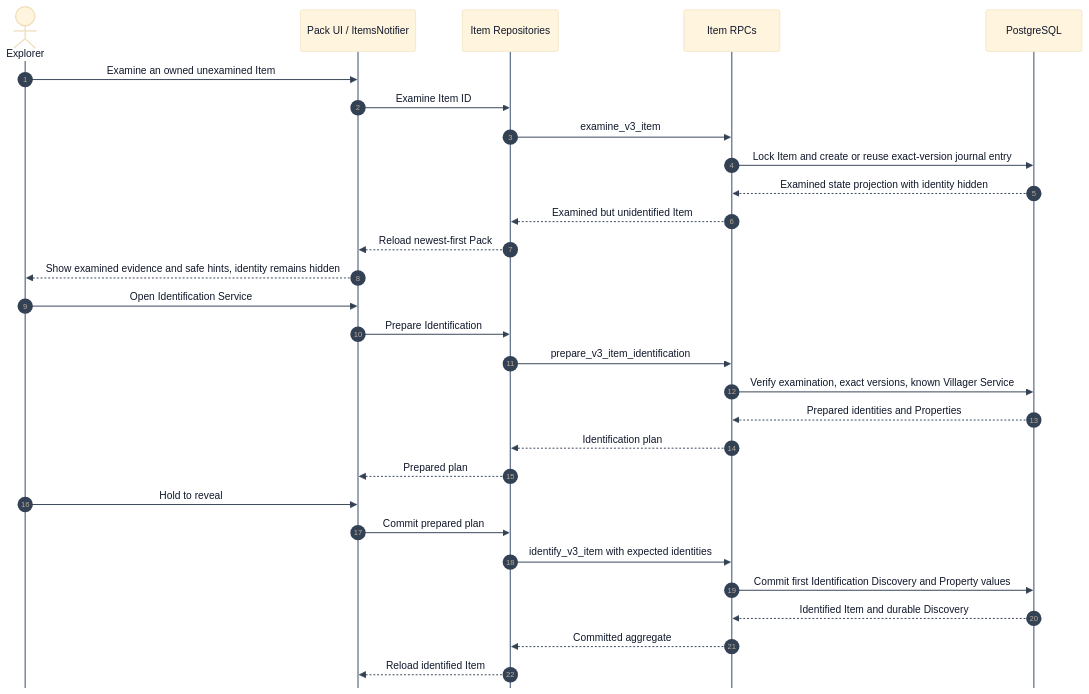
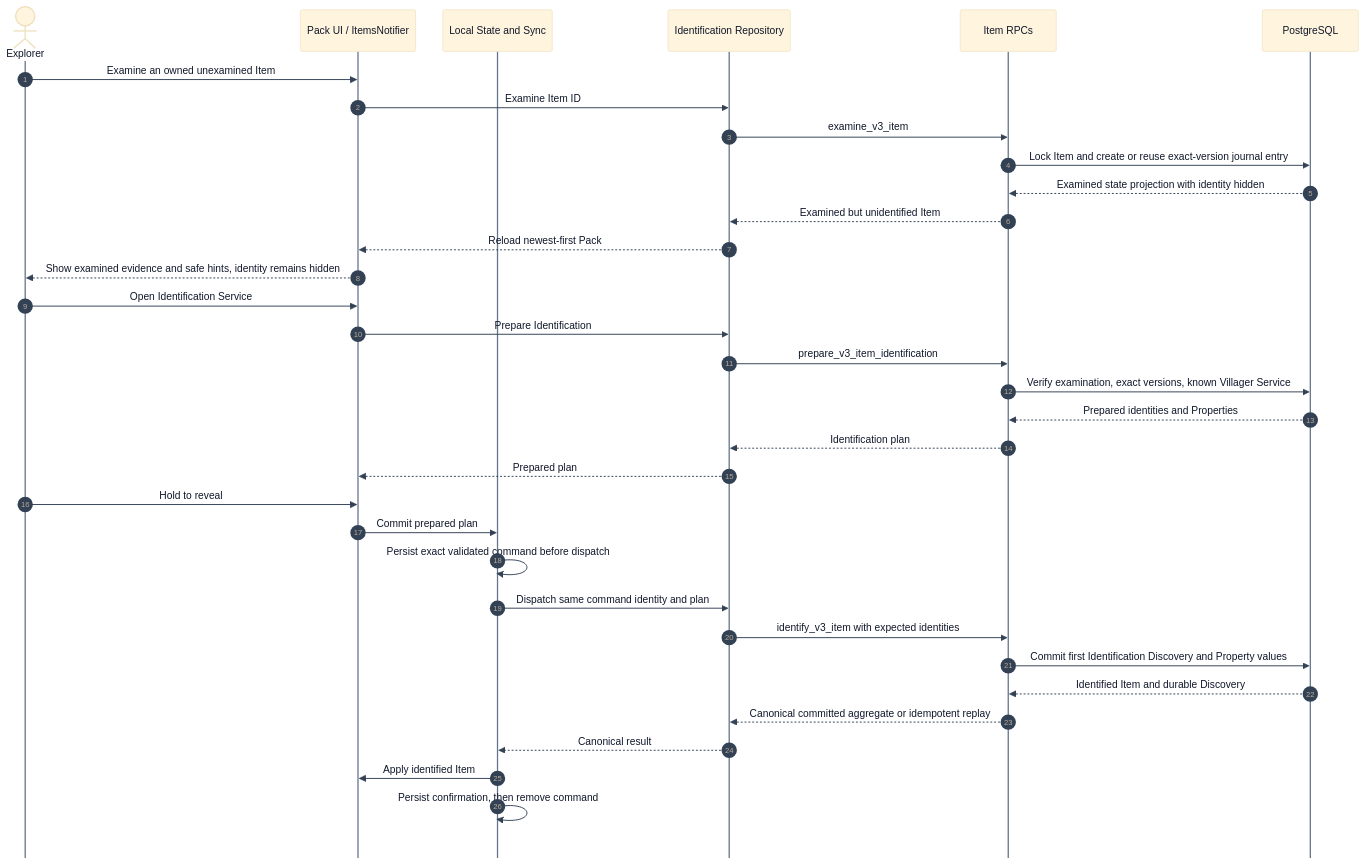
Before and after one commit to JMLegere/geo-app: the diagram in docs/c4/08-dynamic-item-examination.mmd, drawn with Mermaid. The commit also changed 31 other files, not shown here.

First line of the commit message:
feat(sync): recover identification commits durably

```diff
--- a/docs/c4/08-dynamic-item-examination.mmd
+++ b/docs/c4/08-dynamic-item-examination.mmd
@@ -1,32 +1,37 @@
 %% GENERATED by scripts/generate_c4_diagrams.py — do not edit.
 %%{init: {'theme': 'base', 'themeVariables': {'background': '#ffffff', 'primaryTextColor': '#0f172a', 'lineColor': '#475569', 'fontFamily': 'Arial, sans-serif', 'edgeLabelBackground': '#ffffff', 'actorLineColor': '#64748b', 'signalColor': '#334155', 'labelBoxBorderColor': '#475569', 'labelTextColor': '#0f172a', 'loopLineColor': '#64748b', 'loopTextColor': '#0f172a'}, 'sequence': {'mirrorActors': false, 'diagramMarginX': 30, 'diagramMarginY': 20, 'actorMargin': 40, 'messageMargin': 35}, 'flowchart': {'curve': 'linear', 'nodeSpacing': 40, 'rankSpacing': 55}}}%%
 sequenceDiagram
     autonumber
     actor Explorer
     participant Pack as Pack UI / ItemsNotifier
-    participant Adapter as Item Repositories
+    participant Sync as Local State and Sync
+    participant Adapter as Identification Repository
     participant Commands as Item RPCs
     participant DB as PostgreSQL
 
     Explorer->>Pack: Examine an owned unexamined Item
     Pack->>Adapter: Examine Item ID
     Adapter->>Commands: examine_v3_item
     Commands->>DB: Lock Item and create or reuse exact-version journal entry
     DB-->>Commands: Examined state projection with identity hidden
     Commands-->>Adapter: Examined but unidentified Item
     Adapter-->>Pack: Reload newest-first Pack
     Pack-->>Explorer: Show examined evidence and safe hints, identity remains hidden
     Explorer->>Pack: Open Identification Service
     Pack->>Adapter: Prepare Identification
     Adapter->>Commands: prepare_v3_item_identification
     Commands->>DB: Verify examination, exact versions, known Villager Service
     DB-->>Commands: Prepared identities and Properties
     Commands-->>Adapter: Identification plan
     Adapter-->>Pack: Prepared plan
     Explorer->>Pack: Hold to reveal
-    Pack->>Adapter: Commit prepared plan
+    Pack->>Sync: Commit prepared plan
+    Sync->>Sync: Persist exact validated command before dispatch
+    Sync->>Adapter: Dispatch same command identity and plan
     Adapter->>Commands: identify_v3_item with expected identities
     Commands->>DB: Commit first Identification Discovery and Property values
     DB-->>Commands: Identified Item and durable Discovery
-    Commands-->>Adapter: Committed aggregate
-    Adapter-->>Pack: Reload identified Item
+    Commands-->>Adapter: Canonical committed aggregate or idempotent replay
+    Adapter-->>Sync: Canonical result
+    Sync->>Pack: Apply identified Item
+    Sync->>Sync: Persist confirmation, then remove command
```
